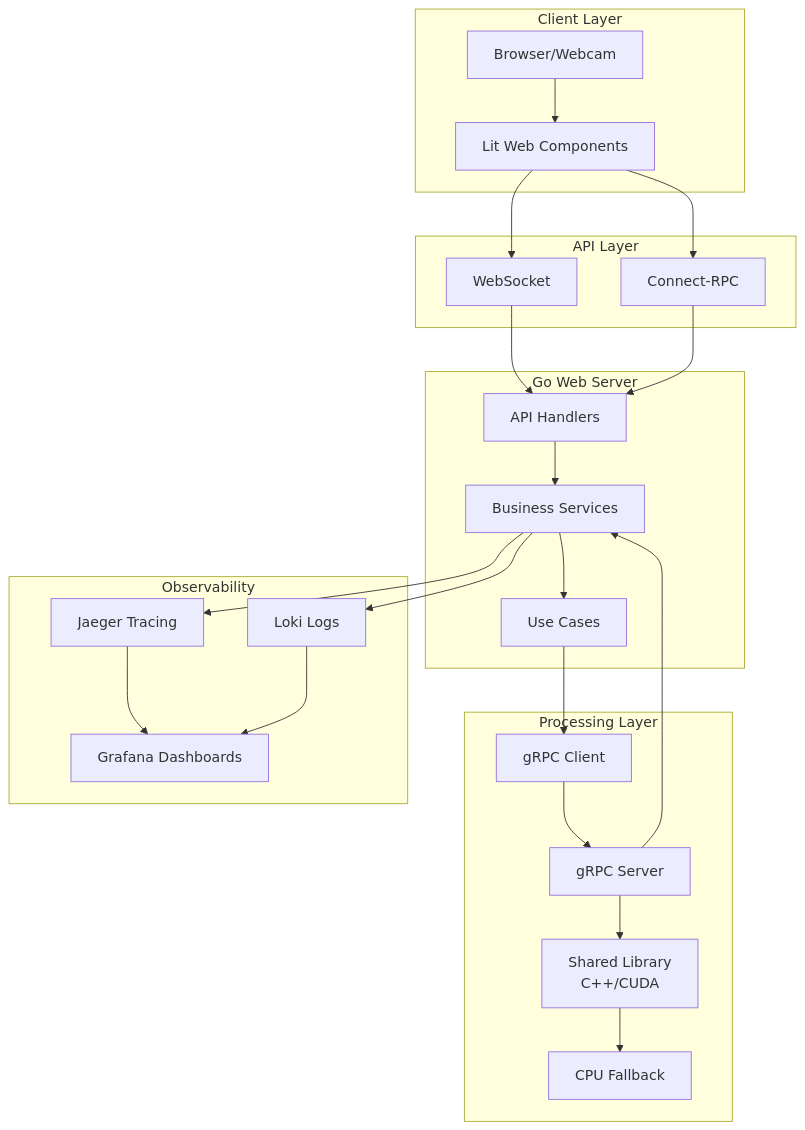
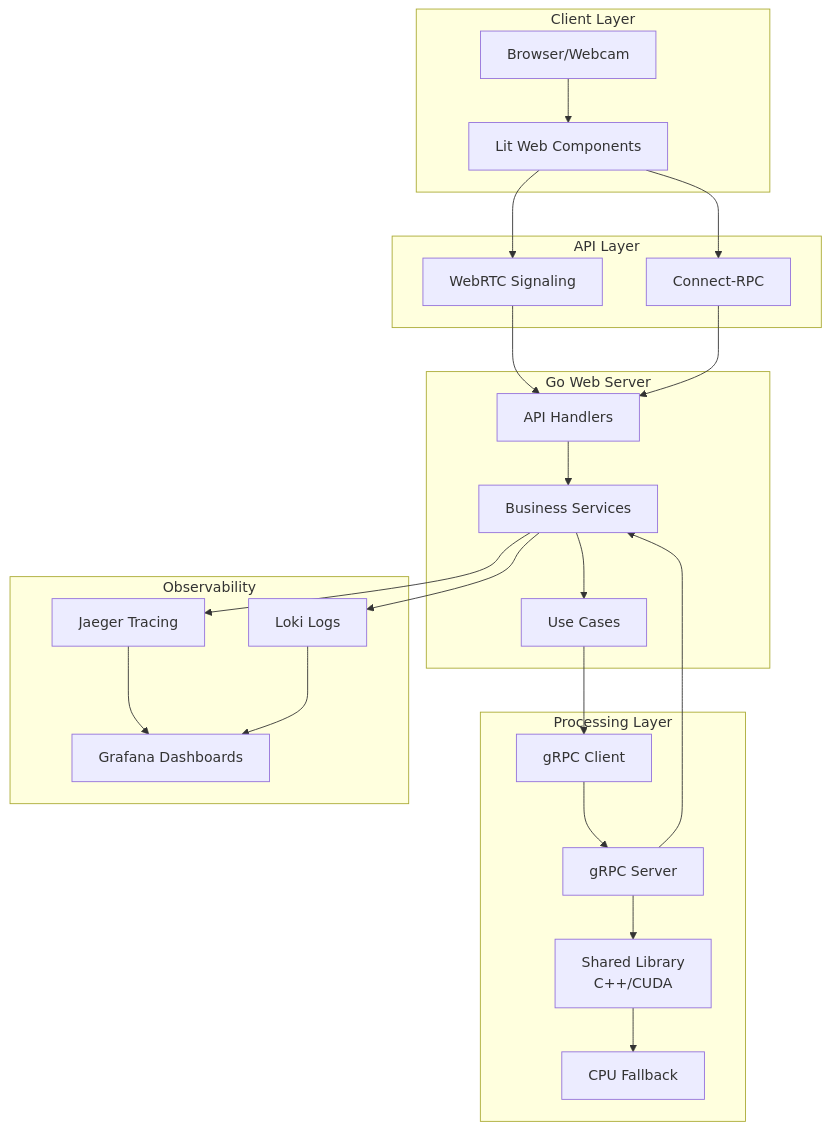
One commit to josnelihurt/learning-cuda changed the first of 2 diagrams in README.md. Above: the diagram before and after it, drawn with Mermaid. The commit also changed other lines of this file and 91 other files, not shown here.

First line of the commit message:
feat(webrtc): implement WebRTC signaling and remove WebSocket references

````diff
--- a/README.md
+++ b/README.md
@@ -49,48 +49,48 @@
 ```mermaid
 graph TB
     subgraph "Client Layer"
         Browser[Browser/Webcam]
         UI[Lit Web Components]
     end
     
     subgraph "API Layer"
-        WS[WebSocket]
+        WebRTCSignaling[WebRTC Signaling]
         ConnectRPC[Connect-RPC]
     end
     
     subgraph "Go Web Server"
         API[API Handlers]
         Services[Business Services]
         UseCases[Use Cases]
     end
     
     subgraph "Processing Layer"
         GRPCClient[gRPC Client]
         GRPCServer[gRPC Server]
         SharedLib[Shared Library<br/>C++/CUDA]
         CPU[CPU Fallback]
     end
     
     subgraph "Observability"
         Jaeger[Jaeger Tracing]
         Grafana[Grafana Dashboards]
         Loki[Loki Logs]
     end
     
     Browser --> UI
-    UI --> WS
+    UI --> WebRTCSignaling
     UI --> ConnectRPC
-    WS --> API
+    WebRTCSignaling --> API
     ConnectRPC --> API
     API --> Services
     Services --> UseCases
     UseCases --> GRPCClient
     GRPCClient --> GRPCServer
     GRPCServer --> SharedLib
     SharedLib --> CPU
     GRPCServer --> Services
     Services --> Jaeger
     Services --> Loki
     Jaeger --> Grafana
     Loki --> Grafana
 ```
````
